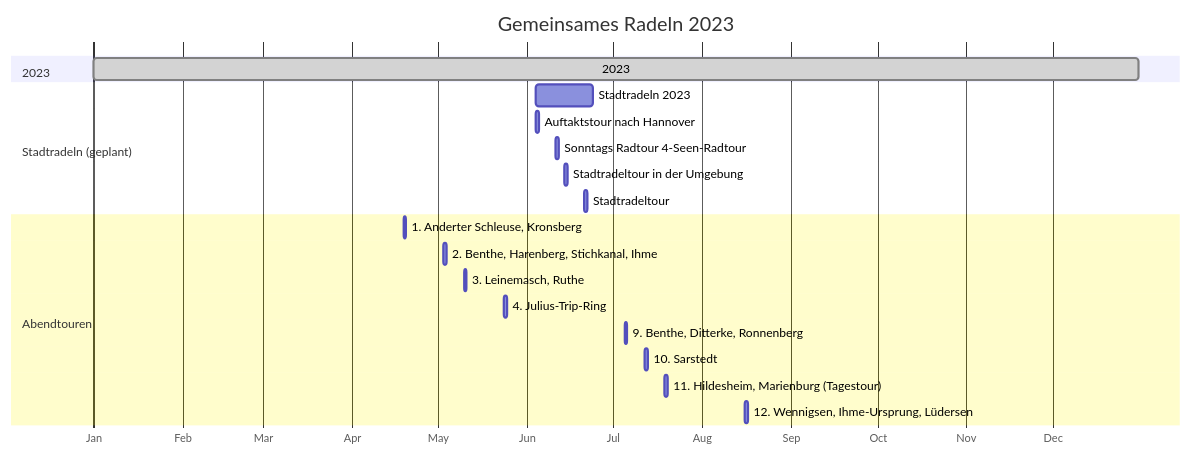
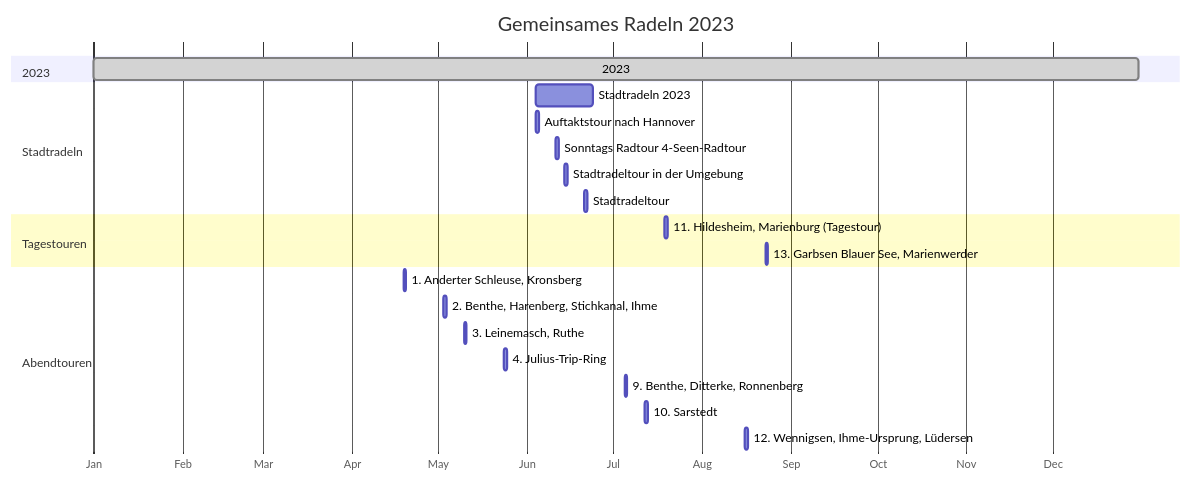
One commit to adfc-hemmingen-pattensen/pelican-md-soures changed the diagram in Touren/Fahrradtouren2023.md. Above: the diagram before and after it, drawn with Mermaid.

````diff
--- a/Touren/Fahrradtouren2023.md
+++ b/Touren/Fahrradtouren2023.md
@@ -10,28 +10,31 @@
 ``` mermaid
 gantt
 dateFormat  YYYY-MM-DD
 title Gemeinsames Radeln 2023
 axisFormat  %b
 todayMarker stroke-width:0px
 
 section 2023
 2023: done, 2023-01-01, 2023-12-31
 
-section Stadtradeln (geplant)  
+section Stadtradeln  
 Stadtradeln 2023:          action, 2023-06-04, 2023-06-24
 Auftaktstour nach Hannover:   2023-06-04, 1d
 Sonntags Radtour 4-Seen-Radtour:   2023-06-11, 1d
 Stadtradeltour in der Umgebung:     2023-06-14, 1d
 Stadtradeltour:     2023-06-21, 1d
+
+section Tagestouren
+11. Hildesheim, Marienburg (Tagestour): 2023-07-19, 1d
+13. Garbsen Blauer See, Marienwerder: 2023-08-23, 1d
 
 section Abendtouren
 1. Anderter Schleuse, Kronsberg:      2023-04-19, 1d
 2. Benthe, Harenberg, Stichkanal, Ihme: 2023-05-03, 1d
 3. Leinemasch, Ruthe: 2023-05-10, 1d
 4. Julius-Trip-Ring: 2023-05-24, 1d
 9. Benthe, Ditterke, Ronnenberg: 2023-07-05, 1d
 10. Sarstedt: 2023-07-12, 1d
-11. Hildesheim, Marienburg (Tagestour): 2023-07-19, 1d
 12. Wennigsen, Ihme-Ursprung, Lüdersen: 2023-08-16, 1d
 
 ```
````
